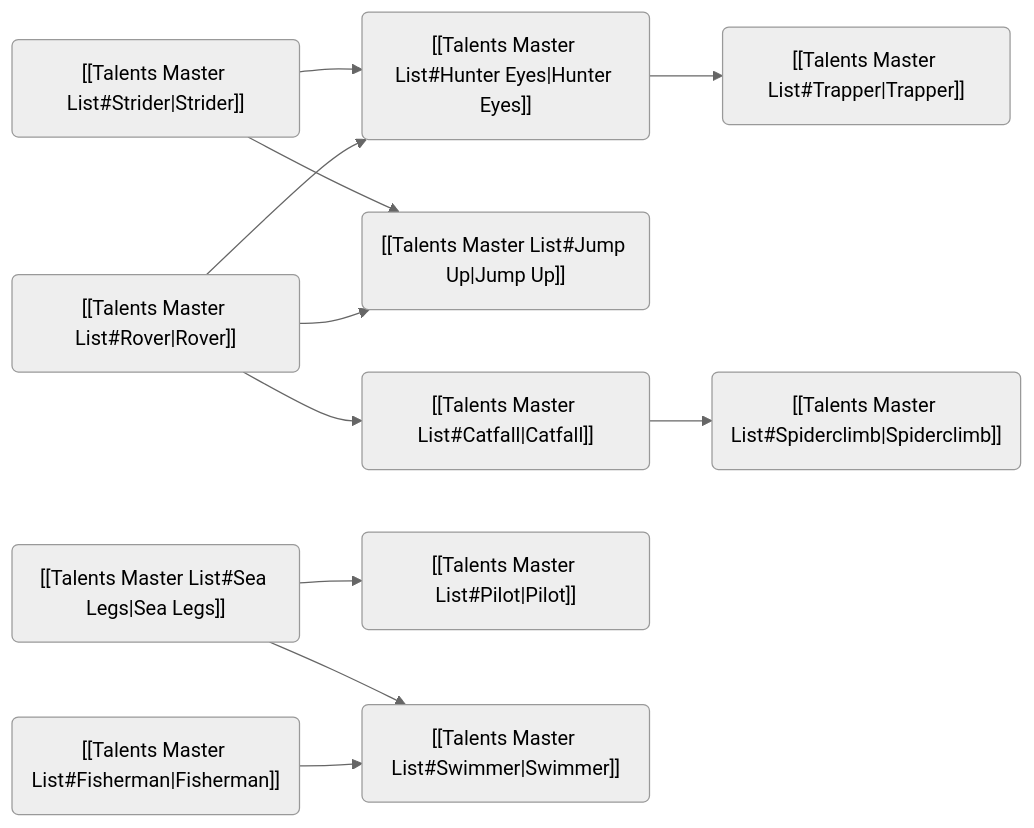
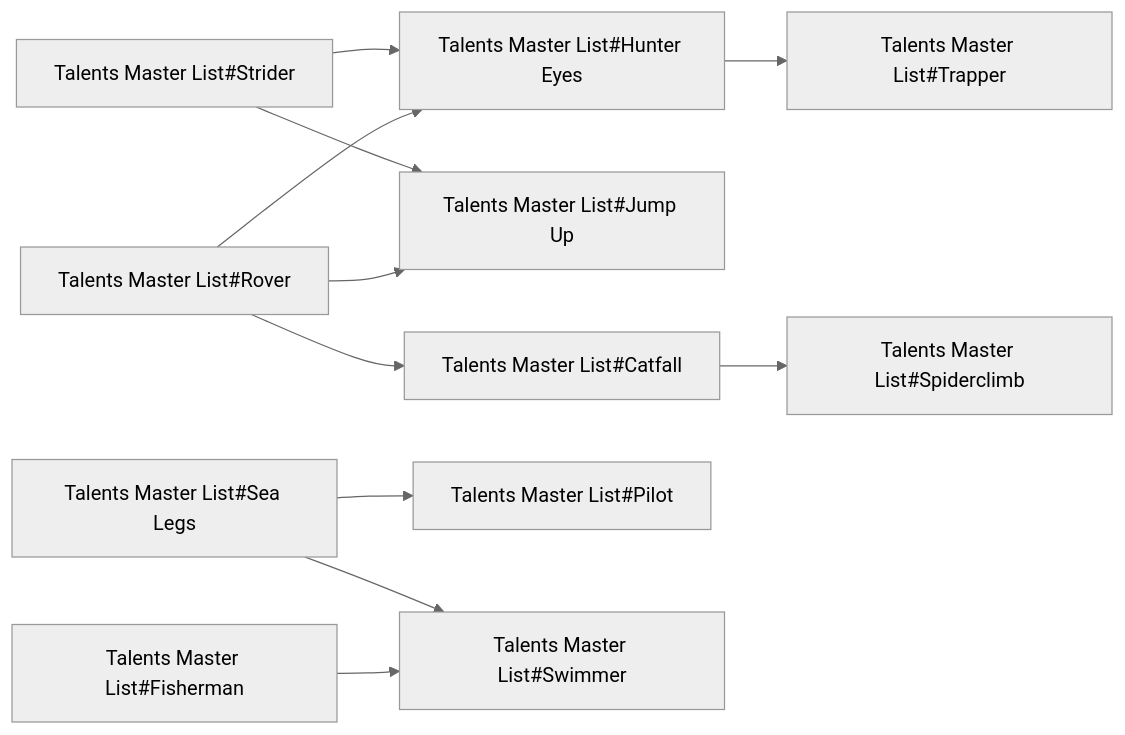
One commit to donutrj/verdigris2 changed the diagram in content/Characters/Adventurer Talents.md. Above: the diagram before and after it, drawn with Mermaid (neutral theme).

Commit message:
Quartz sync: Jul 15, 2024, 6:55 PM

````diff
--- a/content/Characters/Adventurer Talents.md
+++ b/content/Characters/Adventurer Talents.md
@@ -2,28 +2,28 @@
 ``` mermaid
 graph LR
 
-A("[[Talents Master List#Rover|Rover]]")
-B("[[Talents Master List#Hunter Eyes|Hunter Eyes]]")
-C("[[Talents Master List#Strider|Strider]]")
-D("[[Talents Master List#Jump Up|Jump Up]]")
-E("[[Talents Master List#Trapper|Trapper]]")
-F("[[Talents Master List#Catfall|Catfall]]")
-G("[[Talents Master List#Spiderclimb|Spiderclimb]]")
-H("[[Talents Master List#Sea Legs|Sea Legs]]")
-I("[[Talents Master List#Pilot|Pilot]]")
-J("[[Talents Master List#Swimmer|Swimmer]]")
-K("[[Talents Master List#Fisherman|Fisherman]]")
+A[Talents Master List#Rover]
+B[Talents Master List#Hunter Eyes]
+C[Talents Master List#Strider]
+D[Talents Master List#Jump Up]
+E[Talents Master List#Trapper]
+F[Talents Master List#Catfall]
+G[Talents Master List#Spiderclimb]
+H[Talents Master List#Sea Legs]
+I[Talents Master List#Pilot]
+J[Talents Master List#Swimmer]
+K[Talents Master List#Fisherman]
 
 C --> B
 A --> B
 C --> D
 A --> D
 B --> E
 A --> F
 F --> G
 H --> I
 H --> J
 K --> J
 
 class A,B,C,D,E,F,G,H,I,J,K,L,M,N,O,P,Q,R,S,T,U,V,W,X,Y,Z internal-link;
 ```
````
